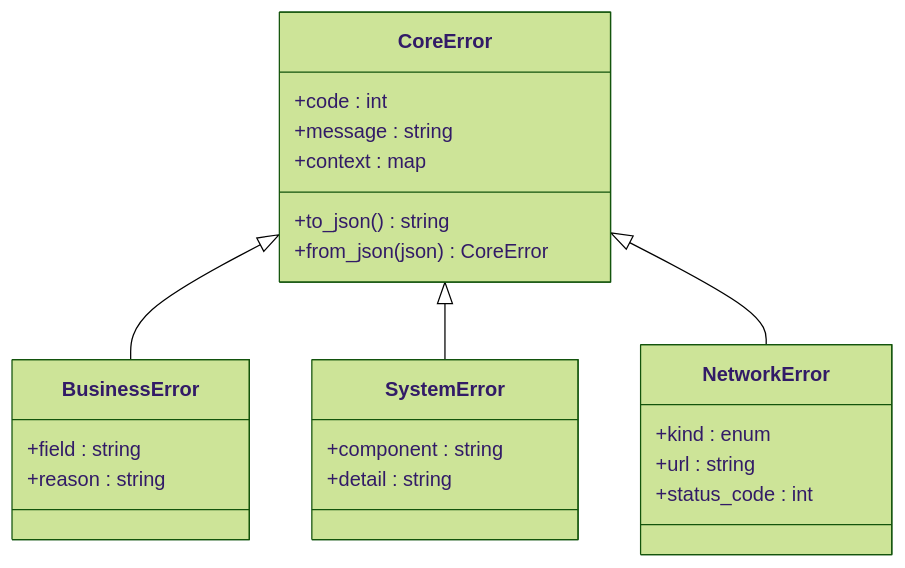
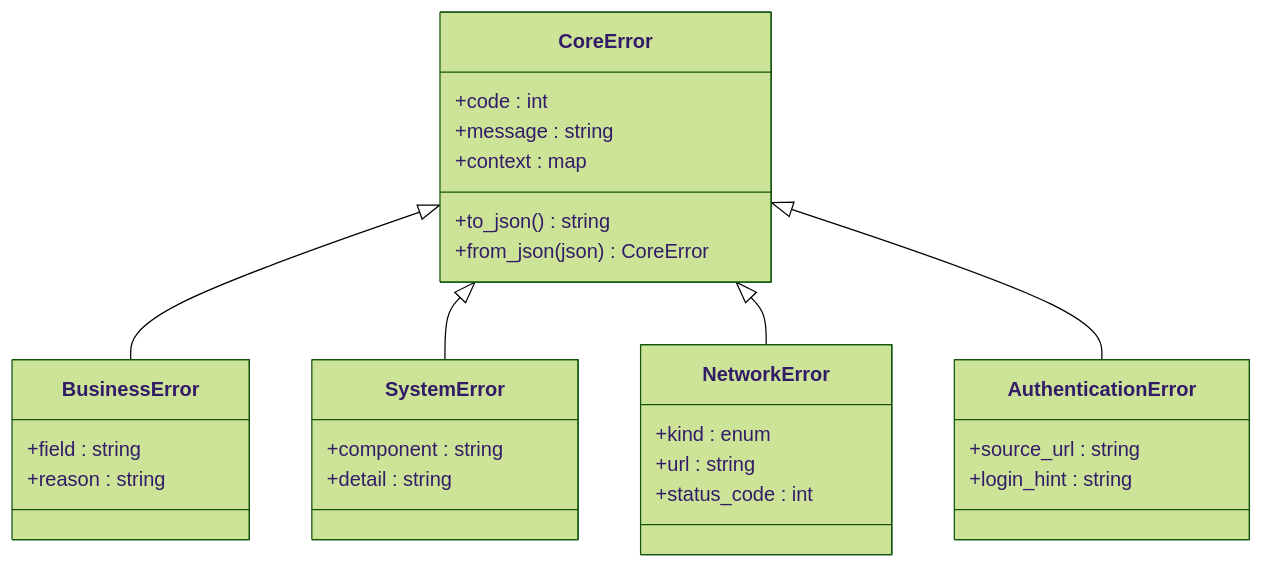
The third of 7 diagrams in .qoder/repowiki/zh/content/同步服务/API接口设计/错误处理机制.md (ZhangGHGitHub/LegadoTeamFlutter), drawn with Mermaid (forest theme) before and after one commit. The commit also changed other lines of this file and 173 other files, not shown here.

````diff
--- a/.qoder/repowiki/zh/content/同步服务/API接口设计/错误处理机制.md
+++ b/.qoder/repowiki/zh/content/同步服务/API接口设计/错误处理机制.md
@@ -171,26 +184,31 @@
 ```mermaid
 classDiagram
 class CoreError {
 +code : int
 +message : string
 +context : map
 +to_json() string
 +from_json(json) CoreError
 }
 class BusinessError {
 +field : string
 +reason : string
 }
 class SystemError {
 +component : string
 +detail : string
 }
 class NetworkError {
 +kind : enum
 +url : string
 +status_code : int
 }
+class AuthenticationError {
++source_url : string
++login_hint : string
+}
 CoreError <|-- BusinessError
 CoreError <|-- SystemError
 CoreError <|-- NetworkError
+CoreError <|-- AuthenticationError
 ```
````
